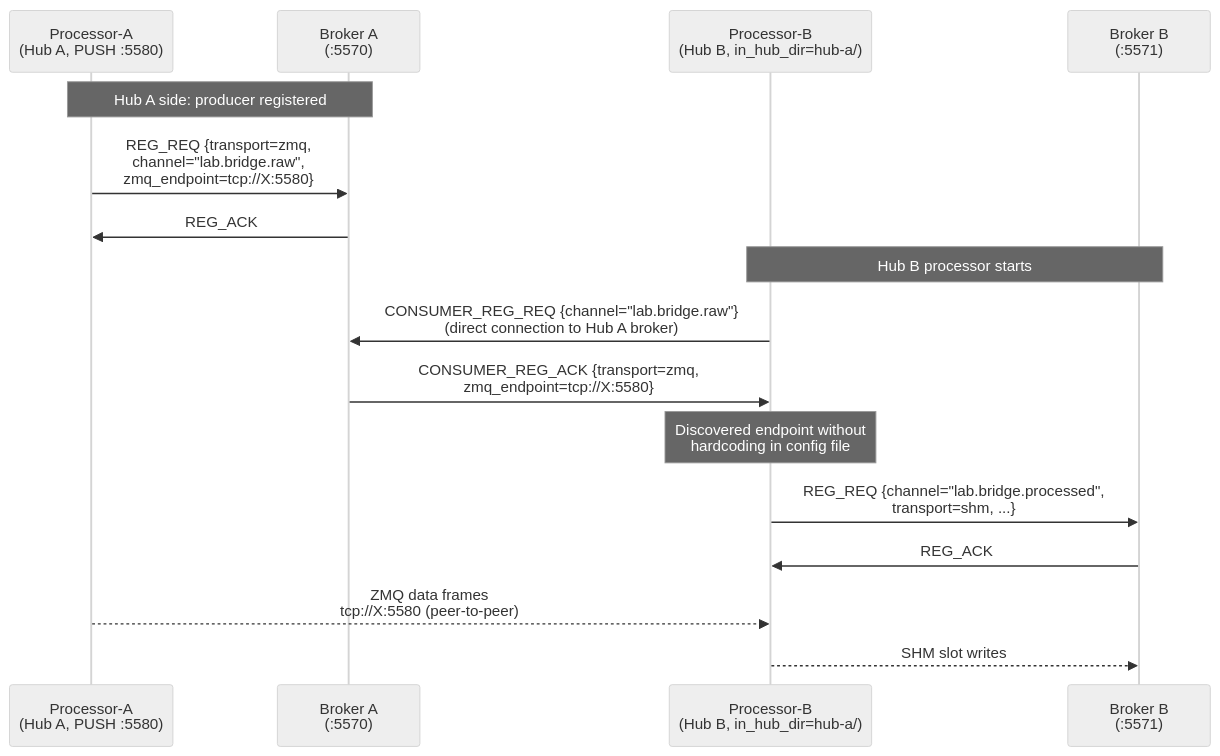
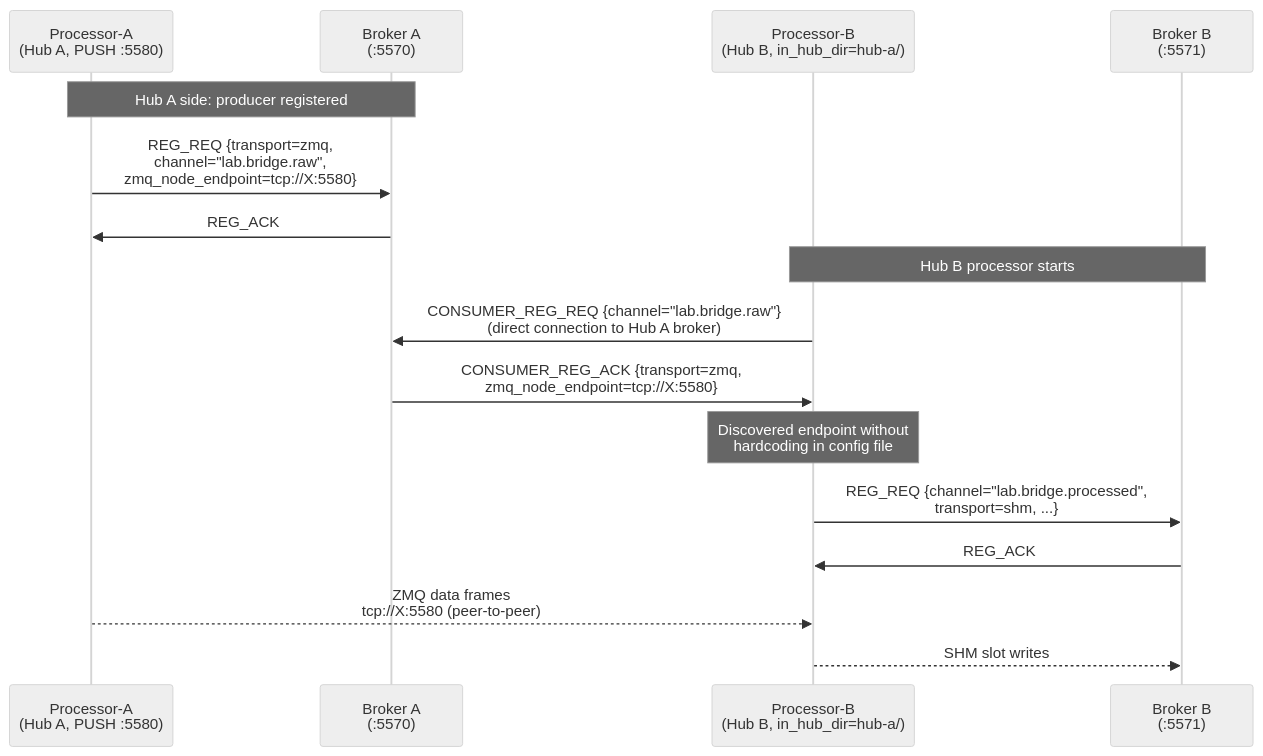
One commit to Qing-LAB/pylabhub changed the fifth of 6 diagrams in docs/HEP/HEP-CORE-0021-ZMQ-Endpoint-Registry.md. Above: the diagram before and after it, drawn with Mermaid (neutral theme). The commit also changed other lines of this file and 26 other files, not shown here.

````diff
--- a/docs/HEP/HEP-CORE-0021-ZMQ-Endpoint-Registry.md
+++ b/docs/HEP/HEP-CORE-0021-ZMQ-Endpoint-Registry.md
@@ -391,22 +403,22 @@
 ```mermaid
 sequenceDiagram
     participant P as Processor-A<br/>(Hub A, PUSH :5580)
     participant BA as Broker A<br/>(:5570)
     participant PB as Processor-B<br/>(Hub B, in_hub_dir=hub-a/)
     participant BB as Broker B<br/>(:5571)
 
     Note over P,BA: Hub A side: producer registered
-    P->>BA: REG_REQ {transport=zmq,<br/>channel="lab.bridge.raw",<br/>zmq_endpoint=tcp://X:5580}
+    P->>BA: REG_REQ {transport=zmq,<br/>channel="lab.bridge.raw",<br/>zmq_node_endpoint=tcp://X:5580}
     BA->>P: REG_ACK
 
     Note over PB,BB: Hub B processor starts
     PB->>BA: CONSUMER_REG_REQ {channel="lab.bridge.raw"}<br/>(direct connection to Hub A broker)
-    BA->>PB: CONSUMER_REG_ACK {transport=zmq,<br/>zmq_endpoint=tcp://X:5580}
+    BA->>PB: CONSUMER_REG_ACK {transport=zmq,<br/>zmq_node_endpoint=tcp://X:5580}
     Note over PB: Discovered endpoint without<br/>hardcoding in config file
 
     PB->>BB: REG_REQ {channel="lab.bridge.processed",<br/>transport=shm, ...}
     BB->>PB: REG_ACK
 
     P-->>PB: ZMQ data frames<br/>tcp://X:5580 (peer-to-peer)
     PB-->>BB: SHM slot writes
 ```
````
